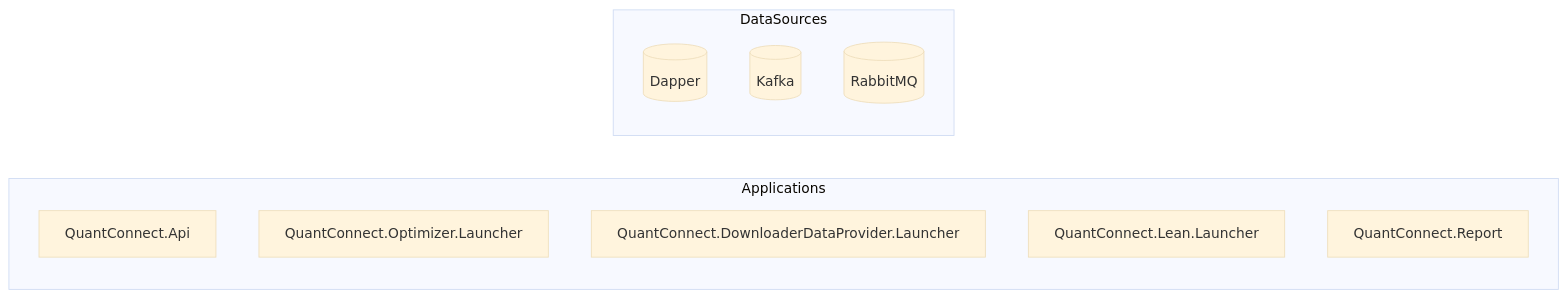
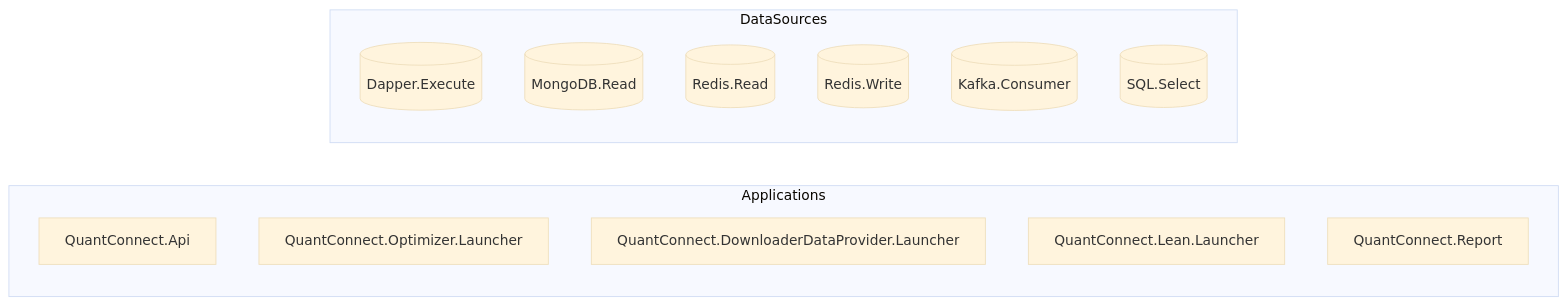
One commit to GanizaniSitara/tools-static-analysis changed the diagram in output-lean/docs/diagrams/data-infrastructure.mmd. Above: the diagram before and after it, drawn with Mermaid (base theme). The commit also changed 143 other files, not shown here.

```diff
--- a/output-lean/docs/diagrams/data-infrastructure.mmd
+++ b/output-lean/docs/diagrams/data-infrastructure.mmd
@@ -1,13 +1,16 @@
 graph LR
     subgraph Applications
         Lean_QuantConnect_Api["QuantConnect.Api"]
         Lean_QuantConnect_Optimizer_Launcher["QuantConnect.Optimizer.Launcher"]
         Lean_QuantConnect_DownloaderDataProvider_Launcher["QuantConnect.DownloaderDataProvider.Launcher"]
         Lean_QuantConnect_Lean_Launcher["QuantConnect.Lean.Launcher"]
         Lean_QuantConnect_Report["QuantConnect.Report"]
     end
     subgraph DataSources
-        datasource_Lean_Dapper[("Dapper")]
-        datasource_Lean_Kafka[("Kafka")]
-        datasource_Lean_RabbitMQ[("RabbitMQ")]
+        datasource_Lean_Dapper_Execute[("Dapper.Execute")]
+        datasource_Lean_MongoDB_Read[("MongoDB.Read")]
+        datasource_Lean_Redis_Read[("Redis.Read")]
+        datasource_Lean_Redis_Write[("Redis.Write")]
+        datasource_Lean_Kafka_Consumer[("Kafka.Consumer")]
+        datasource_Lean_SQL_Select[("SQL.Select")]
     end
```
